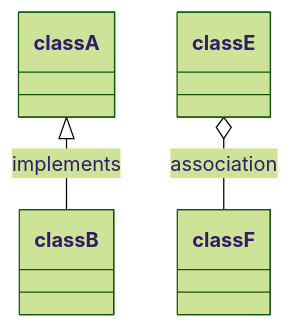
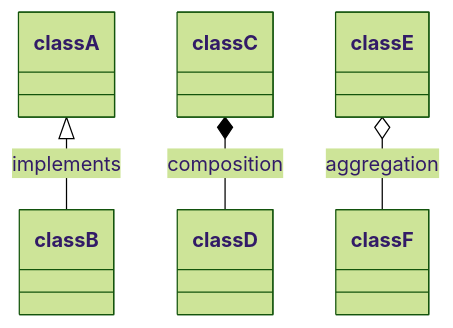
One commit to mermaidjs/mermaidjs.github.io changed the seventh of 10 diagrams in classDiagram.md. Above: the diagram before and after it, drawn with Mermaid (forest theme). The commit also changed other lines of this file, not shown here.

Commit message:
Fix class relation names
`*--` is composition, `o--` is aggregation.

````diff
--- a/classDiagram.md
+++ b/classDiagram.md
@@ -225,6 +225,7 @@
 ```mermaid
 classDiagram
 classA <|-- classB : implements
-classE o-- classF : association
+classC *-- classD : composition
+classE o-- classF : aggregation
 
 ```
````
